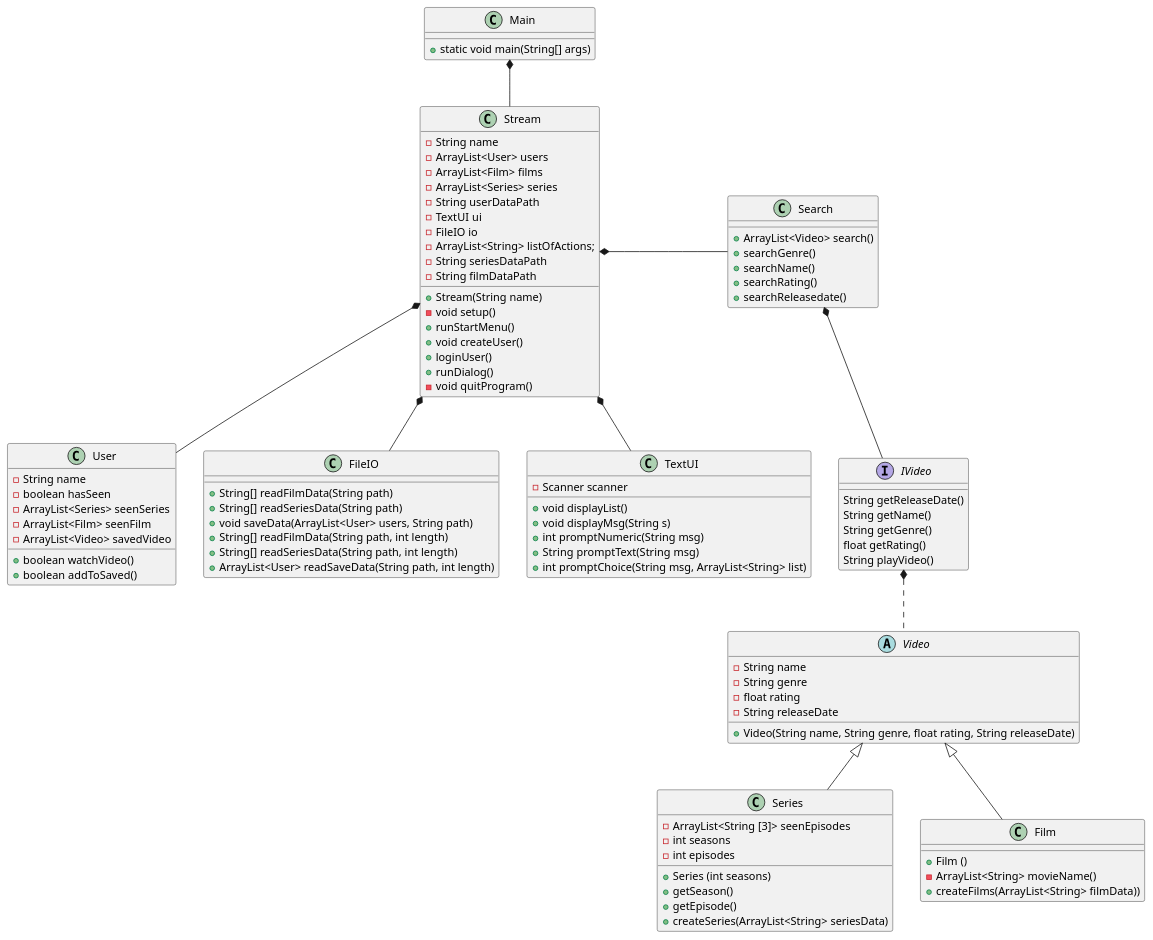
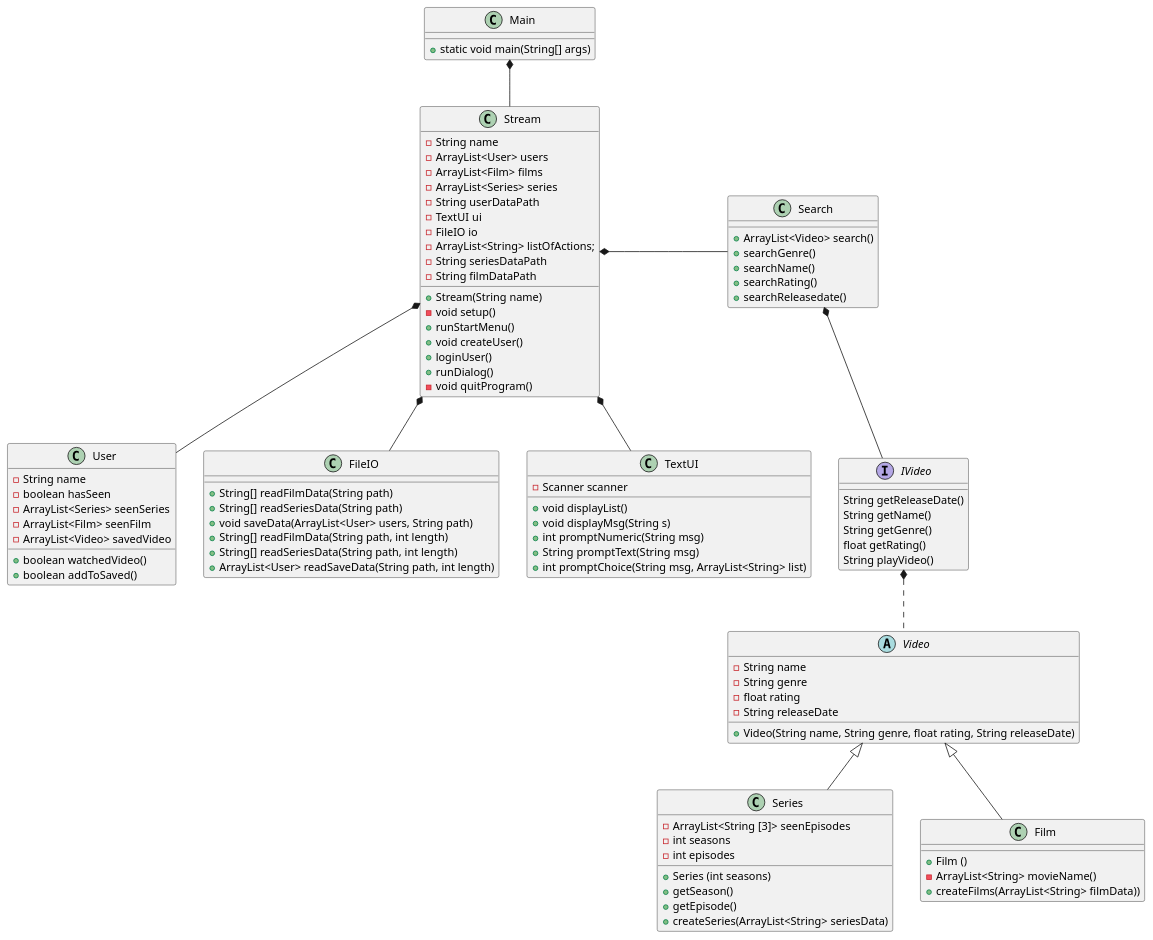
The diagram in doc/Plan/static/classdiagram.puml (Gervig/SP3-Gruppe-C), drawn with PlantUML before and after one commit. The commit also changed 2 other files, not shown here.

```diff
--- a/doc/Plan/static/classdiagram.puml
+++ b/doc/Plan/static/classdiagram.puml
@@ -1,126 +1,126 @@
 @startuml
 'https://plantuml.com/class-diagram
 
 class Main{
 + static void main(String[] args)
 }
 
 class Stream{
 - String name
 'utilities
 - ArrayList<User> users
 - ArrayList<Film> films
 - ArrayList<Series> series
 - String userDataPath
 - TextUI ui
 - FileIO io
 - ArrayList<String> listOfActions;
 - String seriesDataPath
 - String filmDataPath
 'constructor
 + Stream(String name)
 'methods
 - void setup()
 ' setup er til er at læse data
 + runStartMenu()
 + void createUser()
 ' skal createUser være void? Det er den i matador
 ' createUser skal vel checke om der er andre med det brugernavn
 + loginUser()
 ' skal loginUser være void?
 ' den skal vel checke om der er en user med det username og tjekke om loginnet er korrekt
 + runDialog()
 ' i runDialog kan man vælge at søge
 - void quitProgram()
 }
 
 
 class User{
 - String name
 - boolean hasSeen
 - ArrayList<Series> seenSeries
 - ArrayList<Film> seenFilm
 - ArrayList<Video> savedVideo
-+ boolean watchVideo()
++ boolean watchedVideo()
 + boolean addToSaved()
 }
 
 class FileIO{
 + String[] readFilmData(String path)
 + String[] readSeriesData(String path)
 + void saveData(ArrayList<User> users, String path)
 + String[] readFilmData(String path, int length)
 + String[] readSeriesData(String path, int length)
 + ArrayList<User> readSaveData(String path, int length)
 }
 
 class TextUI{
 - Scanner scanner
 + void displayList()
 + void displayMsg(String s)
 + int promptNumeric(String msg)
 + String promptText(String msg)
 + int promptChoice(String msg, ArrayList<String> list)
 }
 
 interface IVideo {
 String getReleaseDate()
 String getName()
 String getGenre()
 float getRating()
 String playVideo()
 }
 
 abstract Class Video{
 - String name
 - String genre
 - float rating
 - String releaseDate
 'constructor
 + Video(String name, String genre, float rating, String releaseDate)
 }
 
 class Series{
 'brug evt. et map
 - ArrayList<String [3]> seenEpisodes
 - int seasons
 - int episodes
 + Series (int seasons)
 + getSeason()
 + getEpisode()
 + createSeries(ArrayList<String> seriesData)
 }
 
 class Film {
 'constructor
 + Film ()
 - ArrayList<String> movieName()
 + createFilms(ArrayList<String> filmData))
 }
 
 
 class Search{
 + ArrayList<Video> search()
 'methods til de forskellige søgemuligheder
 ' Skal disse returnere objekterne fra video?
 + searchGenre()
 + searchName()
 + searchRating()
 + searchReleasedate()
 'skal vi have funktioner der kun søger blandt serier og film adskilt?
 }
 
 IVideo *.. Video
 
 Video <|-- Series
 Video <|-- Film
 
 Main *-- Stream
 
 Stream *-- User
 Stream *-- FileIO
 Stream *-- TextUI
 Search *-- IVideo
 Stream *- Search
 
 @enduml
```
